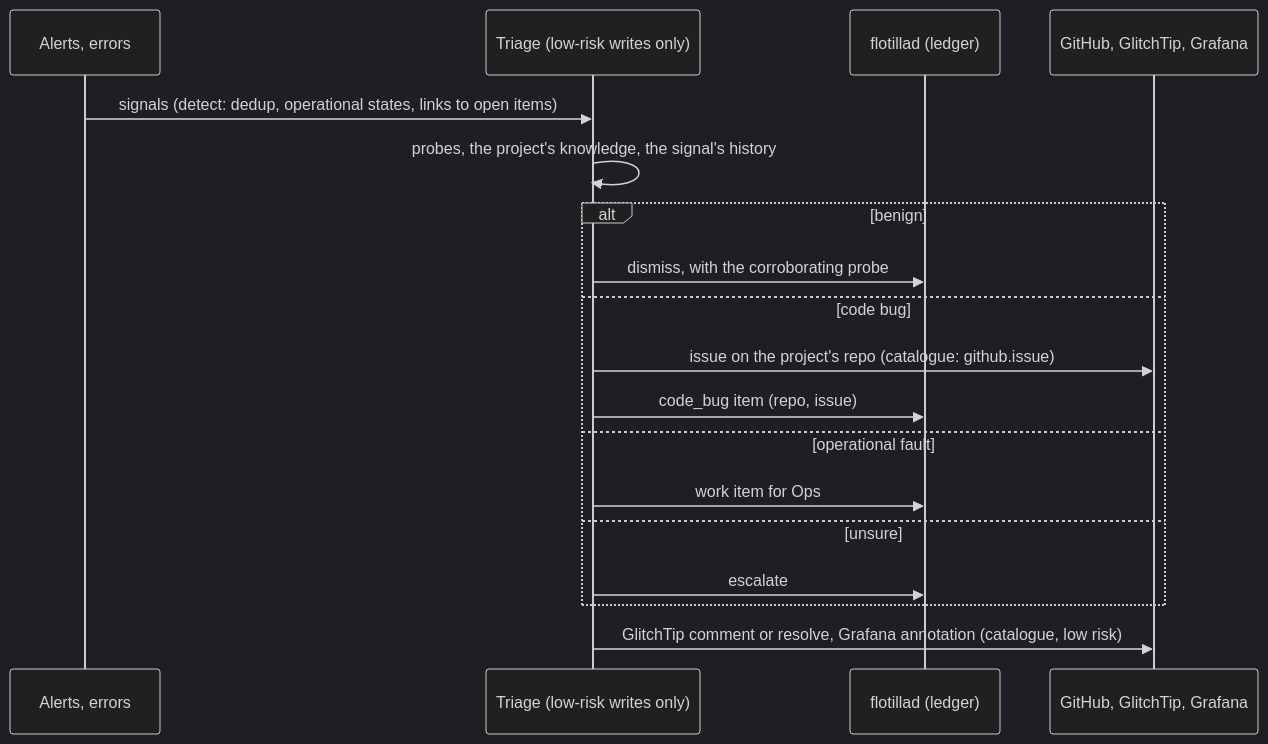
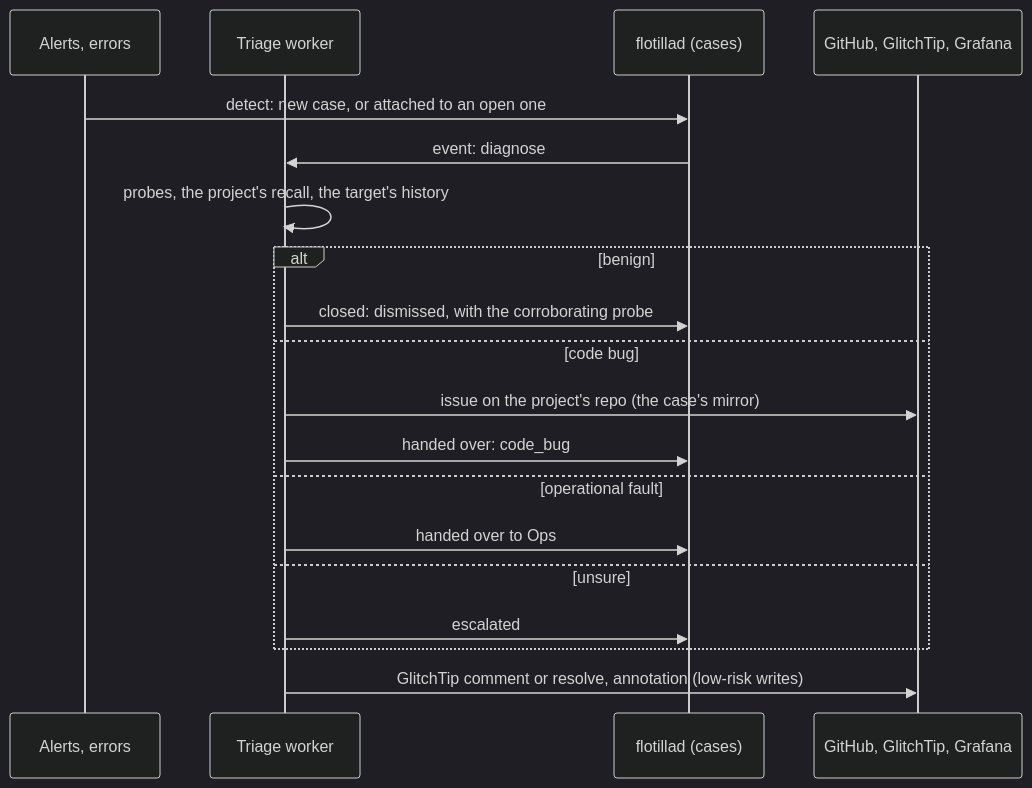
One commit to chipi/flotilla changed the fifth of 7 diagrams in docs/rfc/RFC-0004-agent-pipeline.md. Above: the diagram before and after it, drawn with Mermaid (dark theme). The commit also changed other lines of this file, not shown here.

````diff
--- a/docs/rfc/RFC-0004-agent-pipeline.md
+++ b/docs/rfc/RFC-0004-agent-pipeline.md
@@ -386,20 +378,21 @@
 ```mermaid
 sequenceDiagram
     participant S as Alerts, errors
-    participant T as Triage (low-risk writes only)
-    participant F as flotillad (ledger)
+    participant T as Triage worker
+    participant F as flotillad (cases)
     participant G as GitHub, GlitchTip, Grafana
-    S->>T: signals (detect: dedup, operational states, links to open items)
-    T->>T: probes, the project's knowledge, the signal's history
+    S->>F: detect: new case, or attached to an open one
+    F->>T: event: diagnose
+    T->>T: probes, the project's recall, the target's history
     alt benign
-        T->>F: dismiss, with the corroborating probe
+        T->>F: closed: dismissed, with the corroborating probe
     else code bug
-        T->>G: issue on the project's repo (catalogue: github.issue)
-        T->>F: code_bug item (repo, issue)
+        T->>G: issue on the project's repo (the case's mirror)
+        T->>F: handed over: code_bug
     else operational fault
-        T->>F: work item for Ops
+        T->>F: handed over to Ops
     else unsure
-        T->>F: escalate
+        T->>F: escalated
     end
-    T->>G: GlitchTip comment or resolve, Grafana annotation (catalogue, low risk)
+    T->>G: GlitchTip comment or resolve, annotation (low-risk writes)
 ```
````
